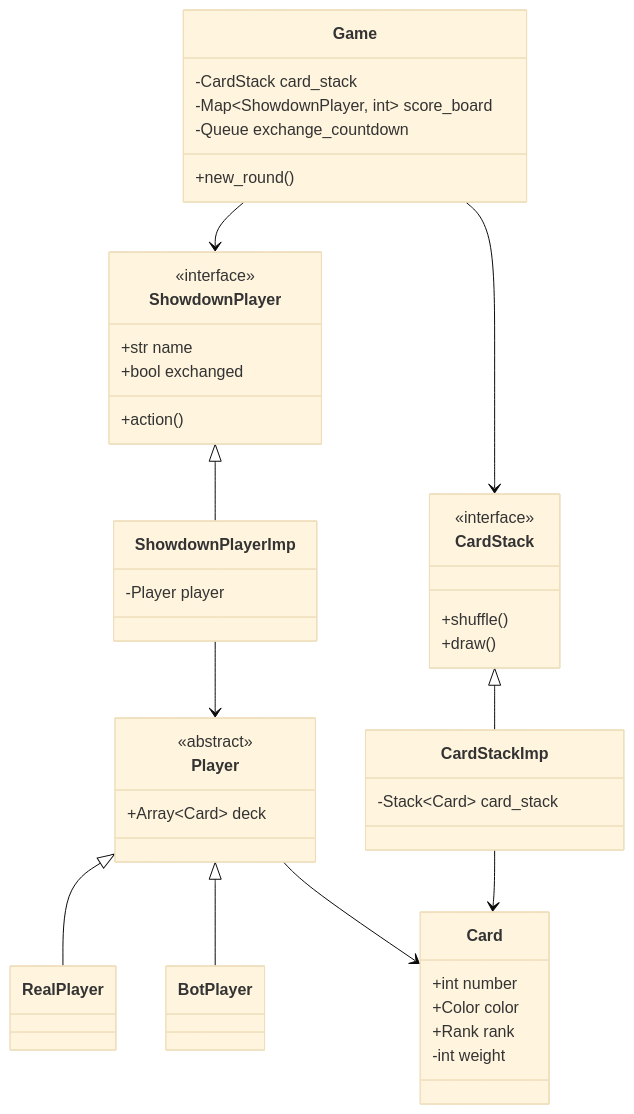
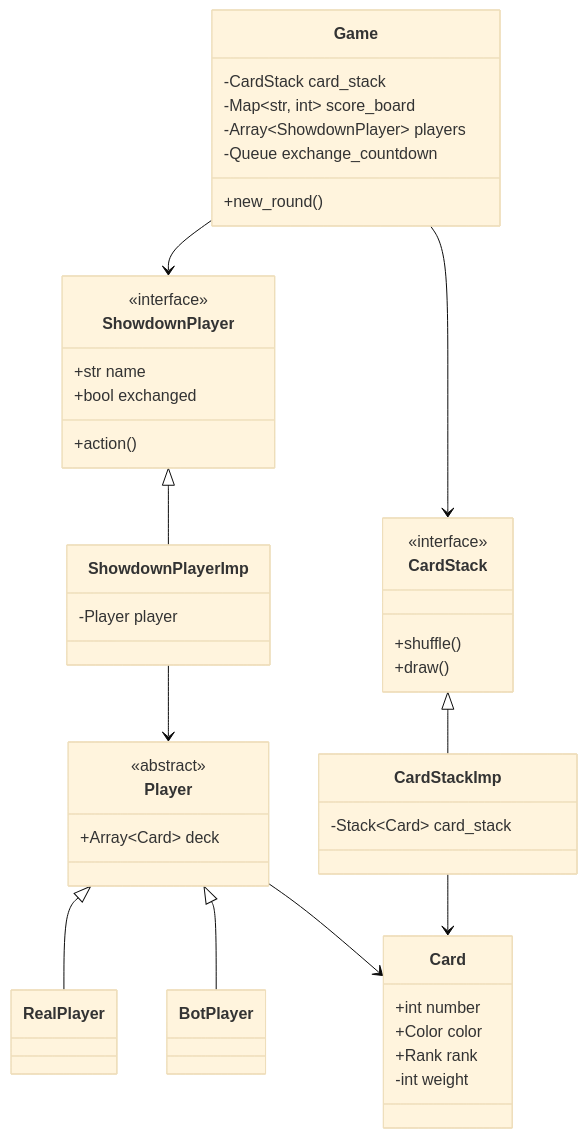
One commit to tomato2718/practice changed the diagram in showdown/docs/專案需求.md. Above: the diagram before and after it, drawn with Mermaid (base theme). The commit also changed 4 other files, not shown here.

````diff
--- a/showdown/docs/專案需求.md
+++ b/showdown/docs/專案需求.md
@@ -3,62 +3,63 @@
 ```mermaid
 classDiagram
     class Game {
         -CardStack card_stack
-        -Map~ShowdownPlayer, int~ score_board
+        -Map~str, int~ score_board
+        -Array~ShowdownPlayer~ players
         -Queue exchange_countdown
 
         +new_round()
     }
 
     class CardStack {
         <<interface>>
         +shuffle()
         +draw()
     }
 
     class ShowdownPlayer {
         <<interface>>
         +str name
         +bool exchanged
         +action()
     }
     
     Game --> ShowdownPlayer
     Game --> CardStack
 
     %% ----- %%
 
     class Player {
         <<abstract>>
         +Array~Card~ deck
     }
     class RealPlayer
     class BotPlayer
 
     Player <|-- RealPlayer
     Player <|-- BotPlayer
 
     %% ----- %%
     
     class Card {
         +int number
         +Color color
         +Rank rank
         -int weight
     }
 
     %% ----- %%
 
     class ShowdownPlayerImp {
         -Player player
     }
 
     class CardStackImp {
         -Stack~Card~ card_stack
     }
     ShowdownPlayer <|-- ShowdownPlayerImp
     CardStack <|-- CardStackImp
     ShowdownPlayerImp --> Player
     Player --> Card
     CardStackImp --> Card
 ```
````
